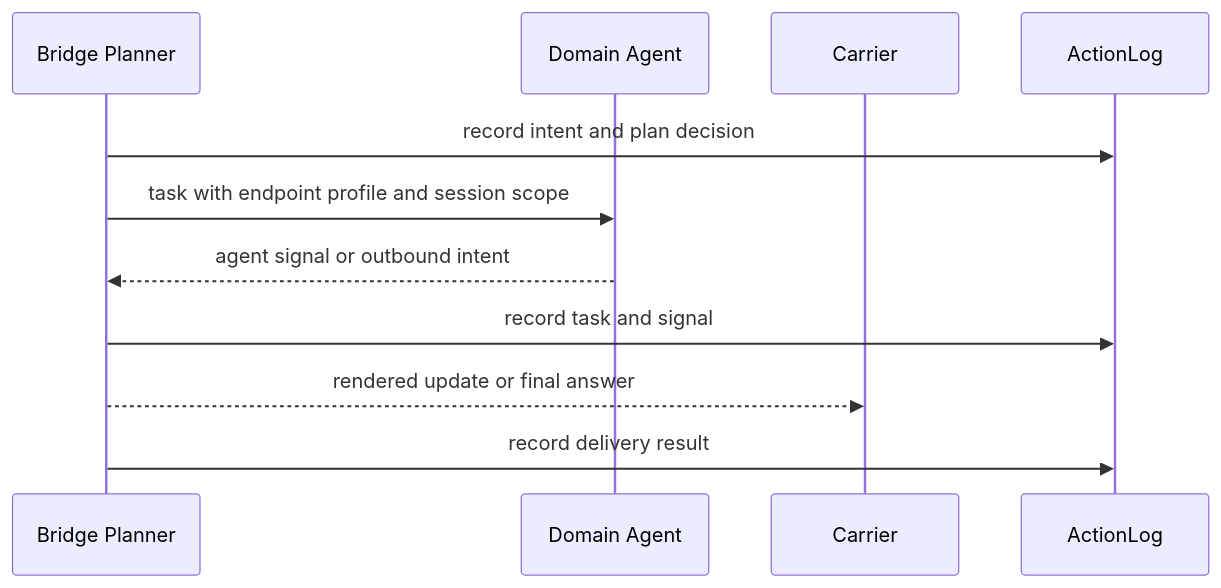
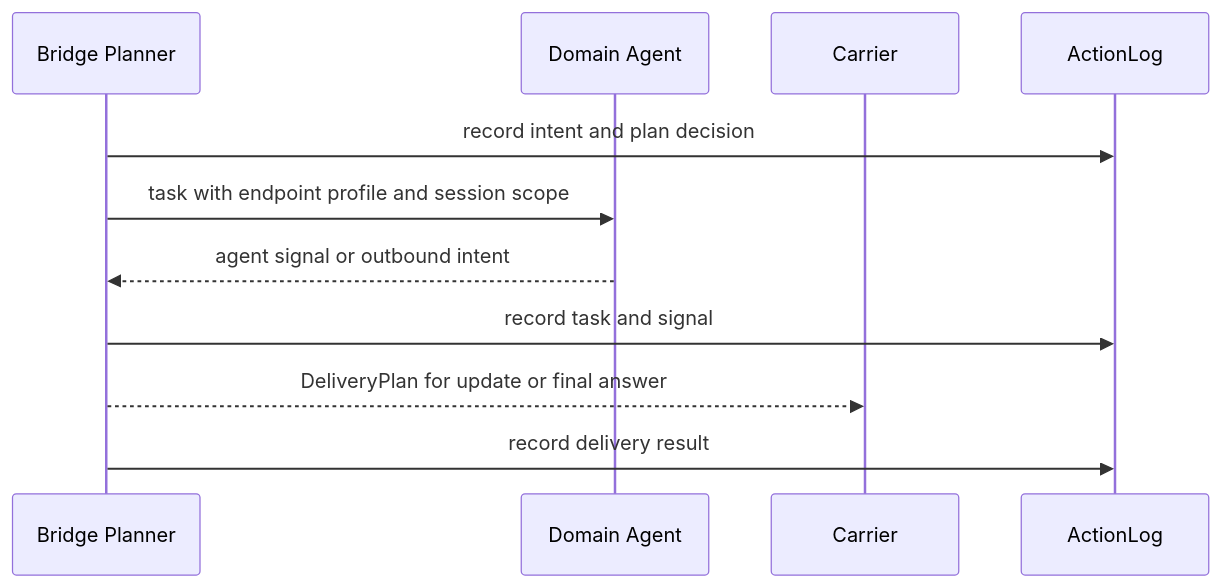
One commit to cloudsbeyond/agent-interaction-bridge changed the fifth of 5 diagrams in architecture/system-design.md. Above: the diagram before and after it, drawn with Mermaid. The commit also changed other lines of this file and 5 other files, not shown here.

Commit message:
docs: align product and architecture contracts

````diff
--- a/architecture/system-design.md
+++ b/architecture/system-design.md
@@ -218,14 +230,14 @@
 ```mermaid
 sequenceDiagram
   participant B as Bridge Planner
   participant D as Domain Agent
   participant C as Carrier
   participant L as ActionLog
 
   B->>L: record intent and plan decision
   B->>D: task with endpoint profile and session scope
   D-->>B: agent signal or outbound intent
   B->>L: record task and signal
-  B-->>C: rendered update or final answer
+  B-->>C: DeliveryPlan for update or final answer
   B->>L: record delivery result
 ```
````
